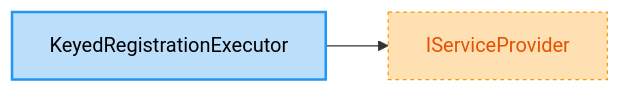
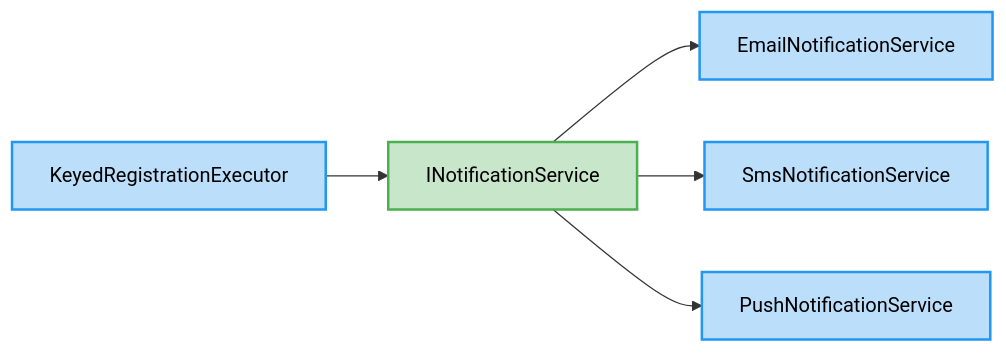
The diagram in examples/Qudi.Example.Readme/exported/KeyedRegistrationExecutor.md (arika0093/Qudi), drawn with Mermaid before and after one commit. The commit also changed 12 other files, not shown here.

````diff
--- a/examples/Qudi.Example.Readme/exported/KeyedRegistrationExecutor.md
+++ b/examples/Qudi.Example.Readme/exported/KeyedRegistrationExecutor.md
@@ -1,11 +1,20 @@
 ```mermaid
 flowchart LR
-    System_IServiceProvider["IServiceProvider"]
     Qudi_Examples_KeyedRegistration_KeyedRegistrationExecutor["KeyedRegistrationExecutor"]
-    Qudi_Examples_KeyedRegistration_KeyedRegistrationExecutor --> System_IServiceProvider
+    Qudi_Examples_KeyedRegistration_INotificationService["INotificationService"]
+    Qudi_Examples_KeyedRegistration_EmailNotificationService["EmailNotificationService"]
+    Qudi_Examples_KeyedRegistration_SmsNotificationService["SmsNotificationService"]
+    Qudi_Examples_KeyedRegistration_PushNotificationService["PushNotificationService"]
+    Qudi_Examples_KeyedRegistration_KeyedRegistrationExecutor --> Qudi_Examples_KeyedRegistration_INotificationService
+    Qudi_Examples_KeyedRegistration_INotificationService --> Qudi_Examples_KeyedRegistration_EmailNotificationService
+    Qudi_Examples_KeyedRegistration_INotificationService --> Qudi_Examples_KeyedRegistration_SmsNotificationService
+    Qudi_Examples_KeyedRegistration_INotificationService --> Qudi_Examples_KeyedRegistration_PushNotificationService
+    classDef interface fill:#c8e6c9,stroke:#4caf50,stroke-width:2px,color:#000;
+    class Qudi_Examples_KeyedRegistration_INotificationService interface;
     classDef cls fill:#bbdefb,stroke:#2196f3,stroke-width:2px,color:#000;
     class Qudi_Examples_KeyedRegistration_KeyedRegistrationExecutor cls;
-    classDef external fill:#ffe0b2,stroke:#ff9800,stroke-width:1px,stroke-dasharray:3 3,color:#e65100;
-    class System_IServiceProvider external;
+    class Qudi_Examples_KeyedRegistration_EmailNotificationService cls;
+    class Qudi_Examples_KeyedRegistration_SmsNotificationService cls;
+    class Qudi_Examples_KeyedRegistration_PushNotificationService cls;
 
 ```
````
